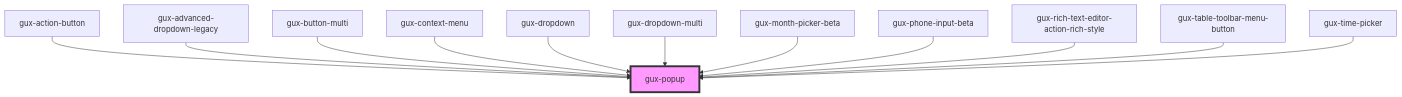
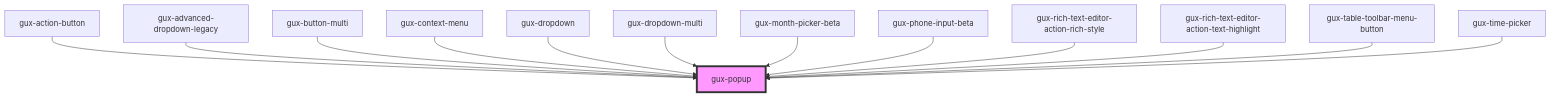
One commit to MyPureCloud/genesys-spark changed the diagram in packages/genesys-spark-components/src/components/stable/gux-popup/readme.md. Above: the diagram before and after it, drawn with Mermaid. The commit also changed other lines of this file and 28 other files, not shown here.

First line of the commit message:
feat(rich-text-editor): addition of color picker feature

````diff
--- a/packages/genesys-spark-components/src/components/stable/gux-popup/readme.md
+++ b/packages/genesys-spark-components/src/components/stable/gux-popup/readme.md
@@ -52,15 +53,16 @@
 ```mermaid
 graph TD;
   gux-action-button --> gux-popup
   gux-advanced-dropdown-legacy --> gux-popup
   gux-button-multi --> gux-popup
   gux-context-menu --> gux-popup
   gux-dropdown --> gux-popup
   gux-dropdown-multi --> gux-popup
   gux-month-picker-beta --> gux-popup
   gux-phone-input-beta --> gux-popup
   gux-rich-text-editor-action-rich-style --> gux-popup
+  gux-rich-text-editor-action-text-highlight --> gux-popup
   gux-table-toolbar-menu-button --> gux-popup
   gux-time-picker --> gux-popup
   style gux-popup fill:#f9f,stroke:#333,stroke-width:4px
 ```
````
